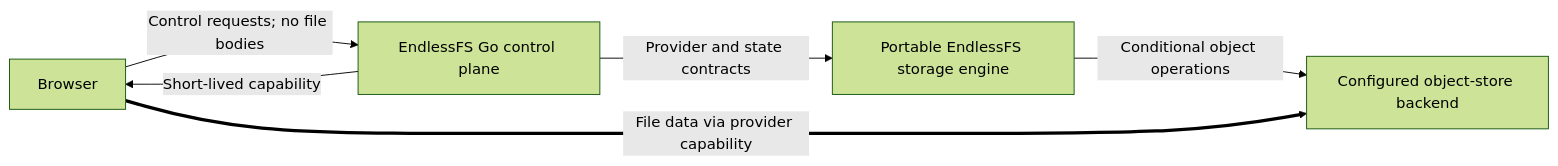
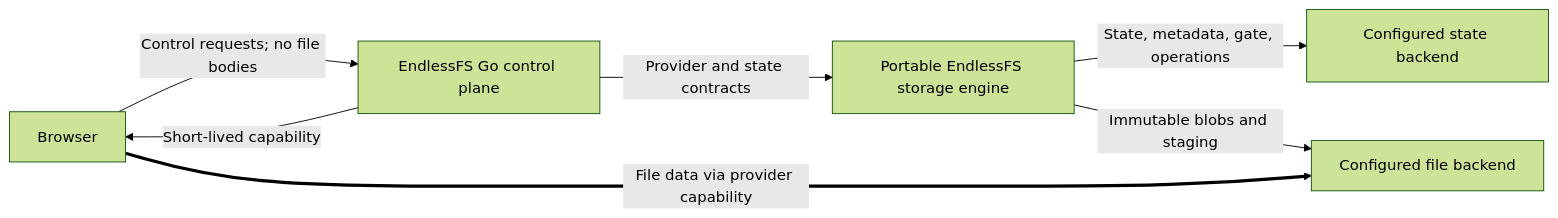
Before and after one commit to applyinnovations/EndlessFS: the first of 3 diagrams in docs/v1-specification.md, drawn with Mermaid (forest theme). The commit also changed other lines of this file and 18 other files, not shown here.

````diff
--- a/docs/v1-specification.md
+++ b/docs/v1-specification.md
@@ -213,8 +213,9 @@
 ```mermaid
 flowchart LR
     B["Browser"] -->|"Control requests; no file bodies"| E["EndlessFS Go control plane"]
     E -->|"Provider and state contracts"| F["Portable EndlessFS storage engine"]
-    F -->|"Conditional object operations"| O["Configured object-store backend"]
+    F -->|"State, metadata, gate, operations"| S["Configured state backend"]
+    F -->|"Immutable blobs and staging"| O["Configured file backend"]
     E -->|"Short-lived capability"| B
     B ==>|"File data via provider capability"| O
 ```
````
